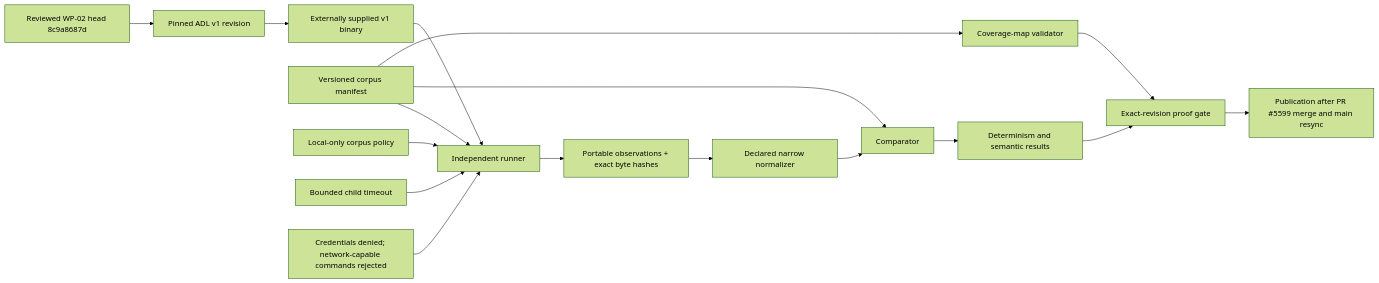
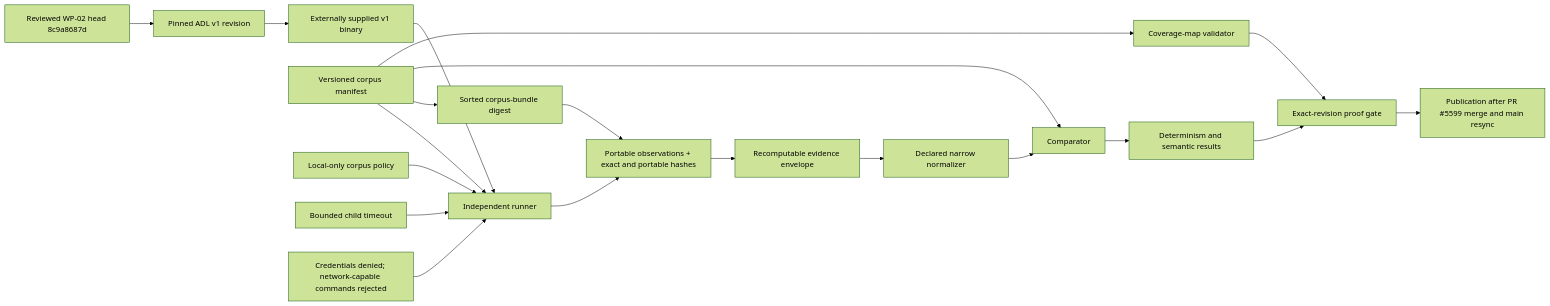
Before and after one commit to agent-logic/agent-design-language: the diagram in .csdlc/prepared/issues/5337/diagram.mmd, drawn with Mermaid (forest theme). The commit also changed 176 other files, not shown here.

```diff
--- a/.csdlc/prepared/issues/5337/diagram.mmd
+++ b/.csdlc/prepared/issues/5337/diagram.mmd
@@ -1,17 +1,20 @@
 flowchart LR
   W["Reviewed WP-02 head 8c9a8687d"] --> P["Pinned ADL v1 revision"]
   P --> B["Externally supplied v1 binary"]
   M["Versioned corpus manifest"] --> R["Independent runner"]
   B --> R
   A["Local-only corpus policy"] --> R
   T["Bounded child timeout"] --> R
-  R --> O["Portable observations + exact byte hashes"]
-  O --> N["Declared narrow normalizer"]
+  M --> H["Sorted corpus-bundle digest"]
+  R --> O["Portable observations + exact and portable hashes"]
+  H --> O
+  O --> D["Recomputable evidence envelope"]
+  D --> N["Declared narrow normalizer"]
   N --> C["Comparator"]
   M --> C
   C --> E["Determinism and semantic results"]
   M --> V["Coverage-map validator"]
   E --> G["Exact-revision proof gate"]
   V --> G
   X["Credentials denied; network-capable commands rejected"] --> R
   G --> I["Publication after PR #5599 merge and main resync"]
```
